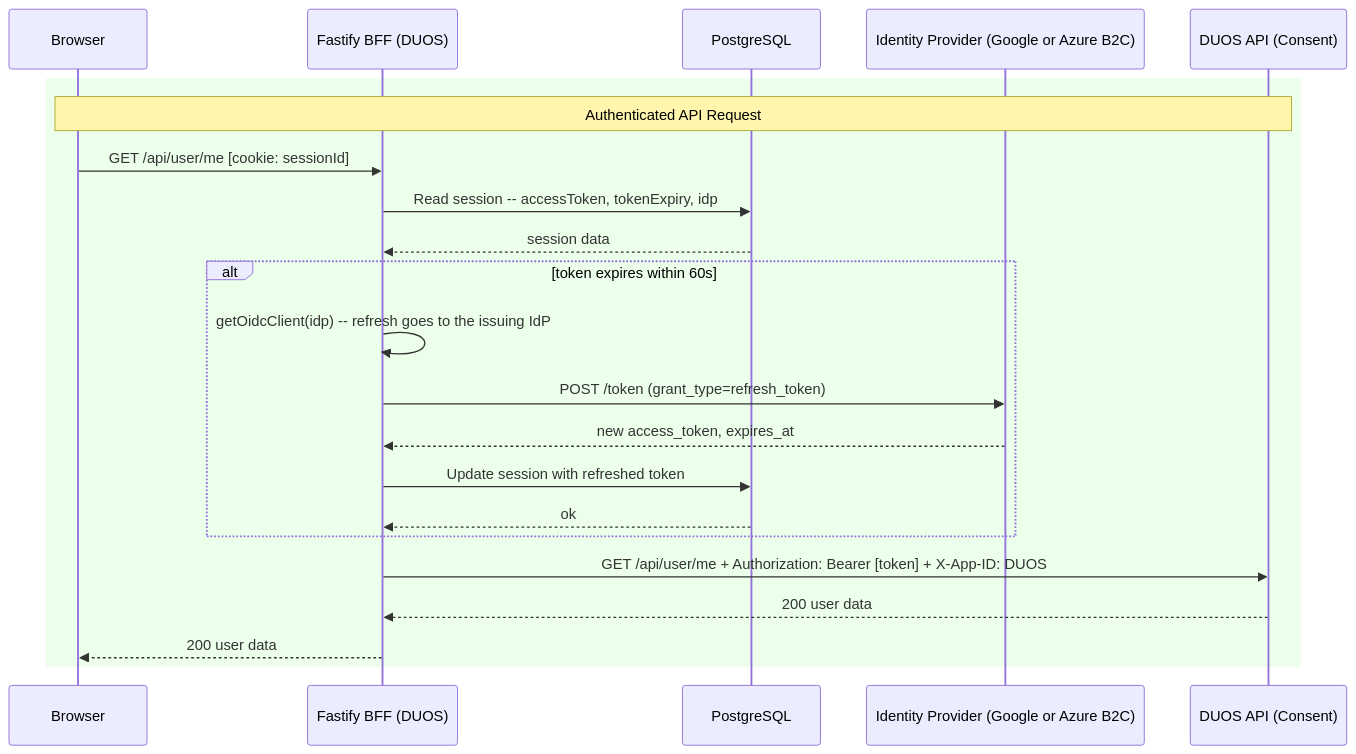
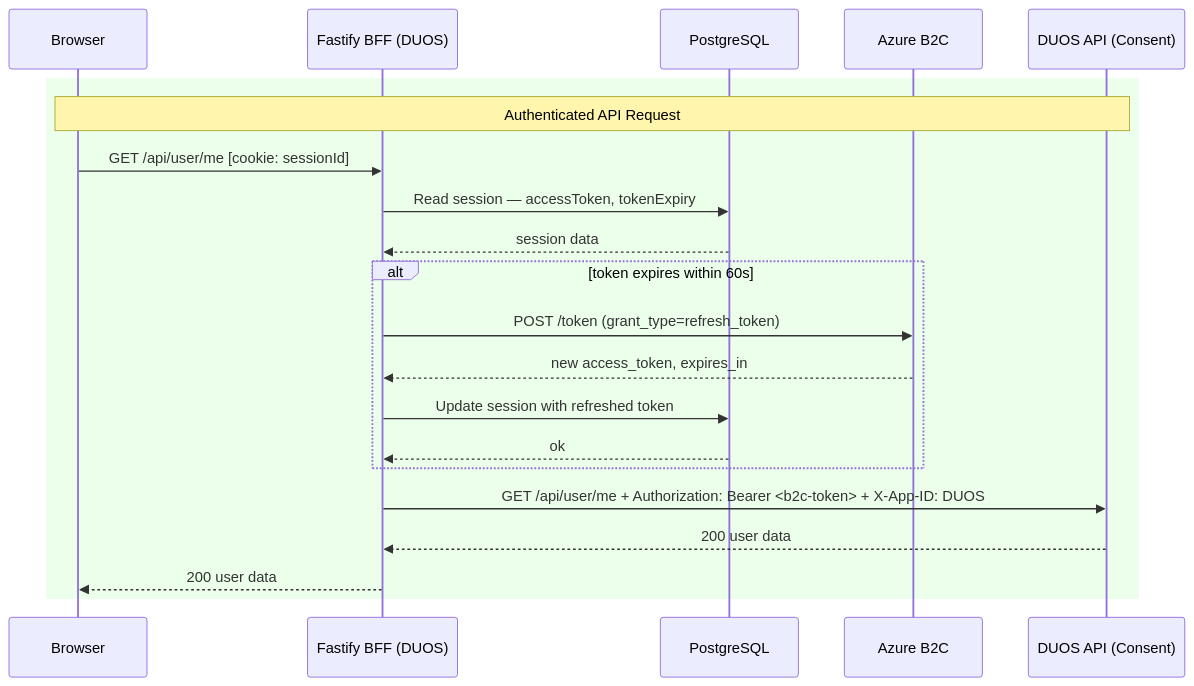
Before and after one commit to DataBiosphere/duos-ui: the second of 3 diagrams in docs/plans/BFF_Overview.md, drawn with Mermaid. The commit also changed other lines of this file and 14 other files, not shown here.

````diff
--- a/docs/plans/BFF_Overview.md
+++ b/docs/plans/BFF_Overview.md
@@ -168,28 +167,27 @@
 ```mermaid
 sequenceDiagram
     participant B   as Browser
     participant BFF as Fastify BFF (DUOS)
     participant PG  as PostgreSQL
-    participant IdP as Identity Provider (Google or Azure B2C)
+    participant B2C as Azure B2C
     participant API as DUOS API (Consent)
 
     rect rgb(235, 255, 235)
         Note over B,API: Authenticated API Request
 
         B->>BFF: GET /api/user/me [cookie: sessionId]
-        BFF->>PG: Read session -- accessToken, tokenExpiry, idp
+        BFF->>PG: Read session — accessToken, tokenExpiry
         PG-->>BFF: session data
 
         alt token expires within 60s
-            BFF->>BFF: getOidcClient(idp) -- refresh goes to the issuing IdP
-            BFF->>IdP: POST /token (grant_type=refresh_token)
-            IdP-->>BFF: new access_token, expires_at
+            BFF->>B2C: POST /token (grant_type=refresh_token)
+            B2C-->>BFF: new access_token, expires_in
             BFF->>PG: Update session with refreshed token
             PG-->>BFF: ok
         end
 
-        BFF->>API: GET /api/user/me + Authorization: Bearer [token] + X-App-ID: DUOS
+        BFF->>API: GET /api/user/me + Authorization: Bearer <b2c-token> + X-App-ID: DUOS
         API-->>BFF: 200 user data
         BFF-->>B: 200 user data
     end
 ```
````
